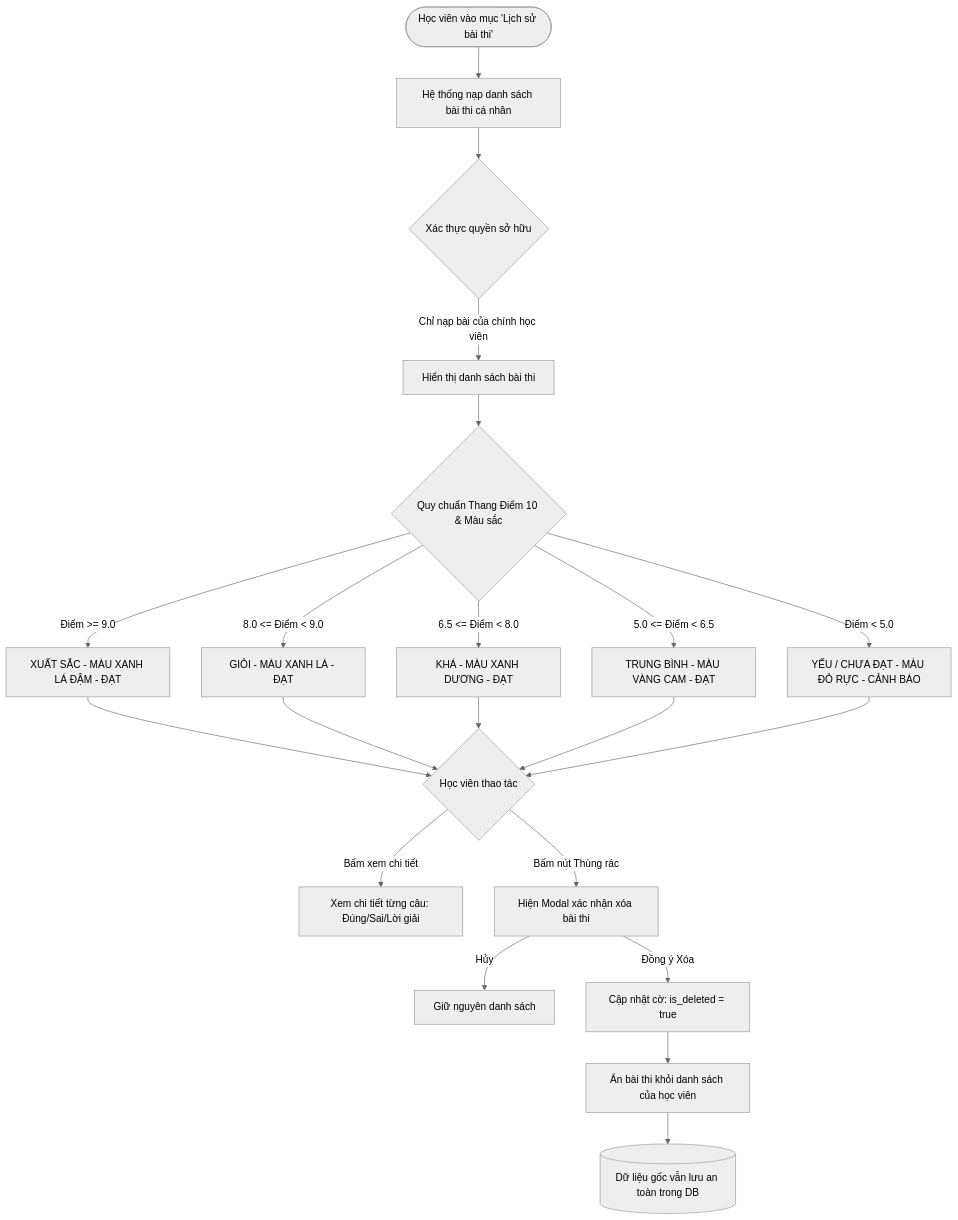
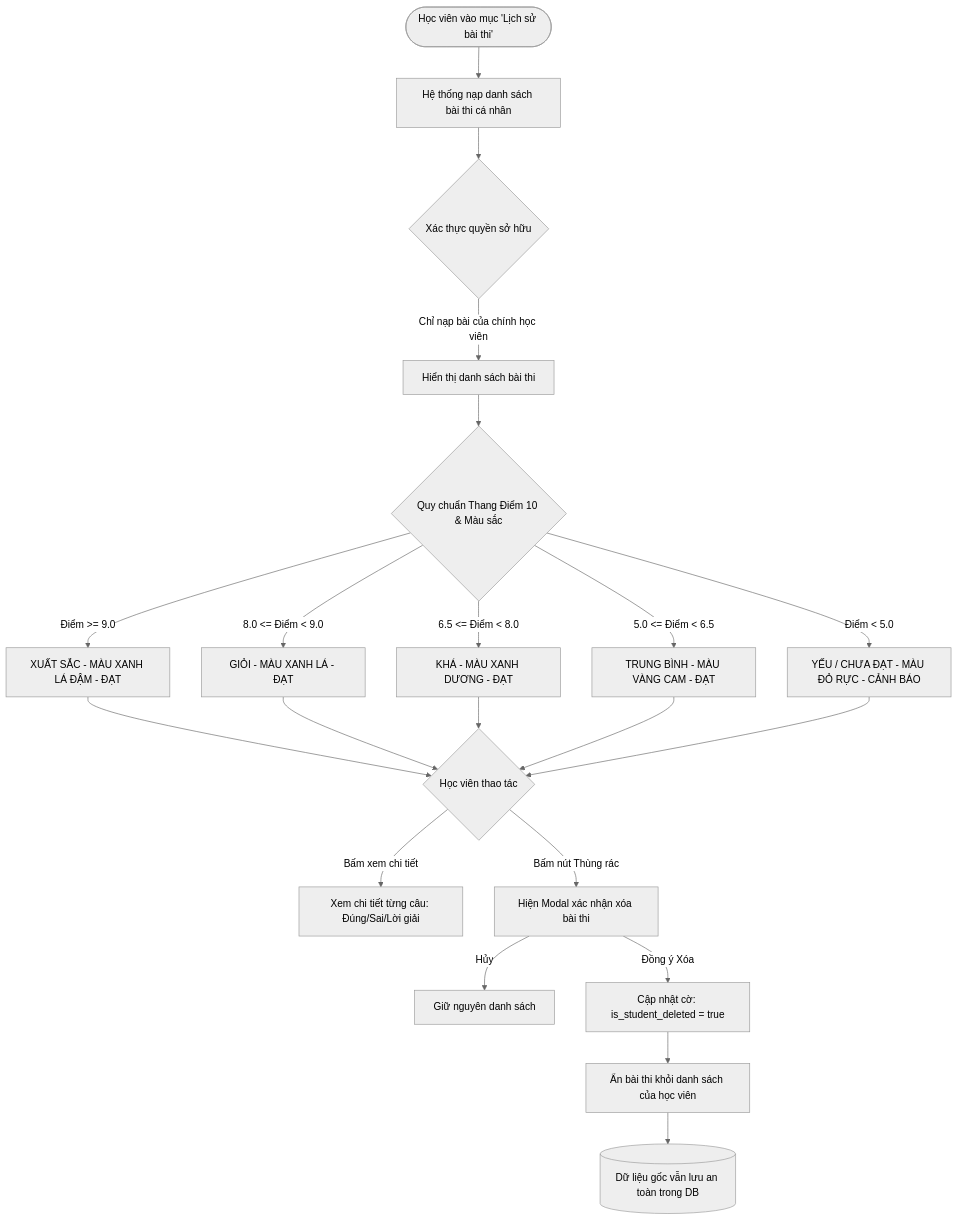
Before and after one commit to sunlight3d/VietIS: the diagram in vibercodeDate21-09-2026/exam-app/flows/02-xem-lich-su-xoa-mem.md, drawn with Mermaid (neutral theme). The commit also changed other lines of this file and 9 other files, not shown here.

Commit message:
fix(schema & flows): resolve warnings 4-8 (fn_submit_exam_attempt params, class hopping RLS, teacher soft-delete filter, flow terminology sync, and duplicate seed cleanup)

````diff
--- a/vibercodeDate21-09-2026/exam-app/flows/02-xem-lich-su-xoa-mem.md
+++ b/vibercodeDate21-09-2026/exam-app/flows/02-xem-lich-su-xoa-mem.md
@@ -11,27 +11,27 @@
 ```mermaid
 flowchart TD
     Start([Học viên vào mục 'Lịch sử bài thi']) --> FetchHistory[Hệ thống nạp danh sách bài thi cá nhân]
     FetchHistory --> CheckOwner{Xác thực quyền sở hữu}
     CheckOwner -->|Chỉ nạp bài của chính học viên| RenderList[Hiển thị danh sách bài thi]
     
     RenderList --> GradeRule{Quy chuẩn Thang Điểm 10 & Màu sắc}
     GradeRule -->|Điểm >= 9.0| XuatSac[XUẤT SẮC - MÀU XANH LÁ ĐẬM - ĐẠT]
     GradeRule -->|8.0 <= Điểm < 9.0| Gioi[GIỎI - MÀU XANH LÁ - ĐẠT]
     GradeRule -->|6.5 <= Điểm < 8.0| Kha[KHÁ - MÀU XANH DƯƠNG - ĐẠT]
     GradeRule -->|5.0 <= Điểm < 6.5| TB[TRUNG BÌNH - MÀU VÀNG CAM - ĐẠT]
     GradeRule -->|Điểm < 5.0| Yeu[YẾU / CHƯA ĐẠT - MÀU ĐỎ RỰC - CẢNH BÁO]
     
     XuatSac --> ActionChoice{Học viên thao tác}
     Gioi --> ActionChoice
     Kha --> ActionChoice
     TB --> ActionChoice
     Yeu --> ActionChoice
     
     ActionChoice -->|Bấm xem chi tiết| DetailView[Xem chi tiết từng câu: Đúng/Sai/Lời giải]
     ActionChoice -->|Bấm nút Thùng rác| ConfirmModal[Hiện Modal xác nhận xóa bài thi]
     
     ConfirmModal -->|Hủy| KeepView[Giữ nguyên danh sách]
-    ConfirmModal -->|Đồng ý Xóa| SoftDelete[Cập nhật cờ: is_deleted = true]
+    ConfirmModal -->|Đồng ý Xóa| SoftDelete[Cập nhật cờ: is_student_deleted = true]
     SoftDelete --> UpdateUI[Ẩn bài thi khỏi danh sách của học viên]
     UpdateUI --> DBNote[(Dữ liệu gốc vẫn lưu an toàn trong DB)]
 ```
````
